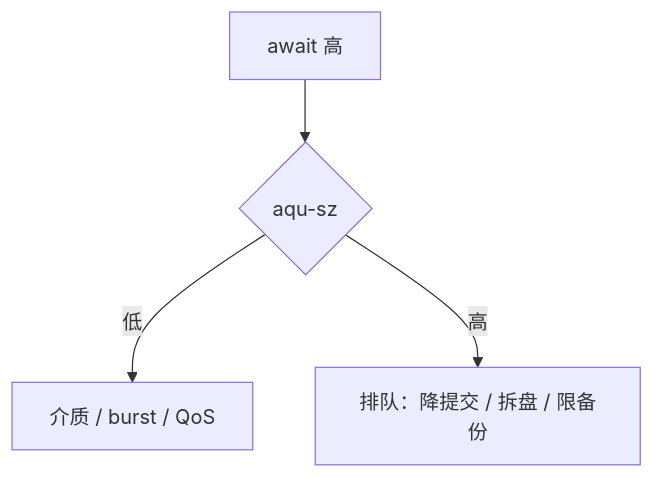
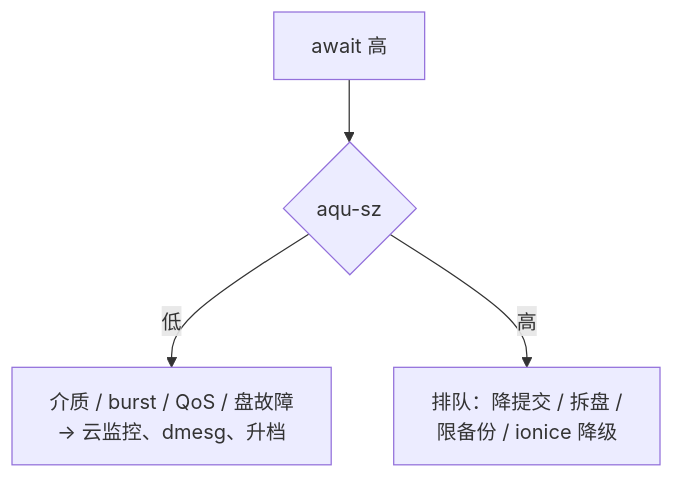
One commit to ml-cuizijun/LearnToLilith changed the diagram in 01-基础底座/08-磁盘与IO/练习题.md. Above: the diagram before and after it, drawn with Mermaid. The commit also changed other lines of this file and 470 other files, not shown here.

````diff
--- a/01-基础底座/08-磁盘与IO/练习题.md
+++ b/01-基础底座/08-磁盘与IO/练习题.md
@@ -231,6 +246,6 @@
 ```mermaid
 flowchart TB
-    A[await 高] --> B{aqu-sz}
-    B -->|低| C[介质 / burst / QoS]
-    B -->|高| D[排队：降提交 / 拆盘 / 限备份]
+    A["await 高"] --> B{"aqu-sz"}
+    B -->|低| C["介质 / burst / QoS / 盘故障<br/>→ 云监控、dmesg、升档"]
+    B -->|高| D["排队：降提交 / 拆盘 /<br/>限备份 / ionice 降级"]
 ```
````
